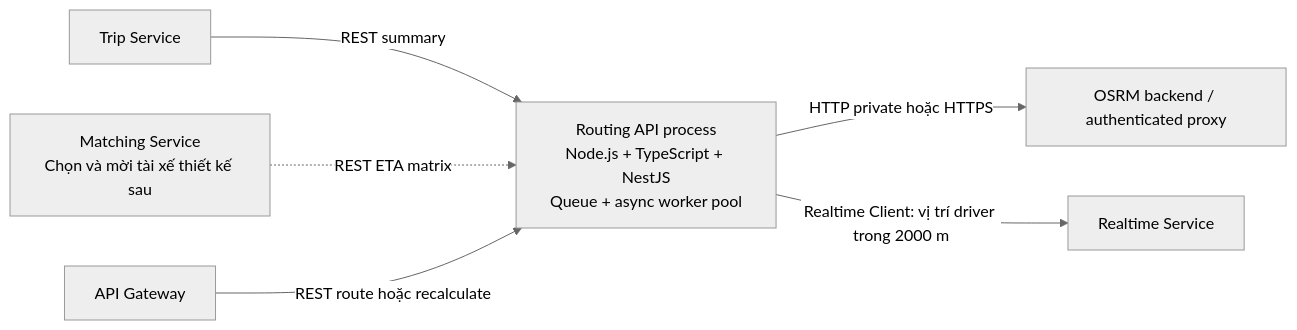
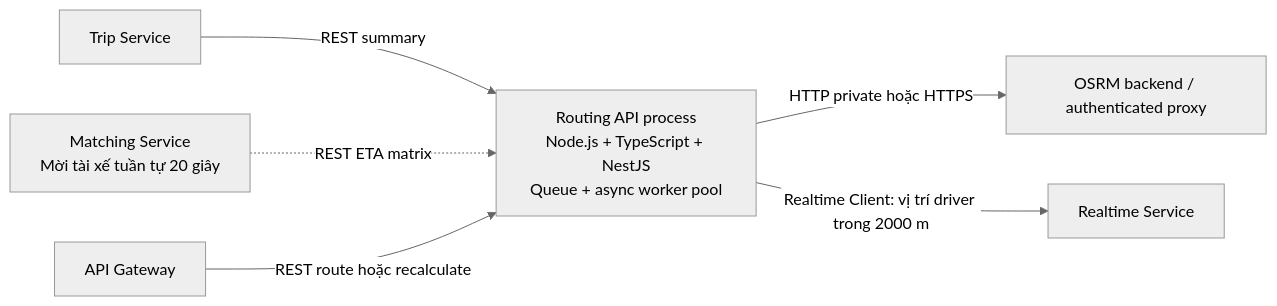
The first of 2 diagrams in service/routing-service/docs/kien-truc.md (fukdinh136/chande), drawn with Mermaid (neutral theme) before and after one commit. The commit also changed other lines of this file and 46 other files, not shown here.

````diff
--- a/service/routing-service/docs/kien-truc.md
+++ b/service/routing-service/docs/kien-truc.md
@@ -9,8 +9,8 @@
 ```mermaid
 flowchart LR
     Trip["Trip Service"] -->|REST summary| API["Routing API process<br/>Node.js + TypeScript + NestJS<br/>Queue + async worker pool"]
-    Matching["Matching Service<br/>Chọn và mời tài xế thiết kế sau"] -. REST ETA matrix .-> API
+    Matching["Matching Service<br/>Mời tài xế tuần tự 20 giây"] -. REST ETA matrix .-> API
     Gateway["API Gateway"] -->|REST route hoặc recalculate| API
     API -->|HTTP private hoặc HTTPS| Map["OSRM backend / authenticated proxy"]
     API -->|Realtime Client: vị trí driver trong 2000 m| Realtime["Realtime Service"]
 ```
````
